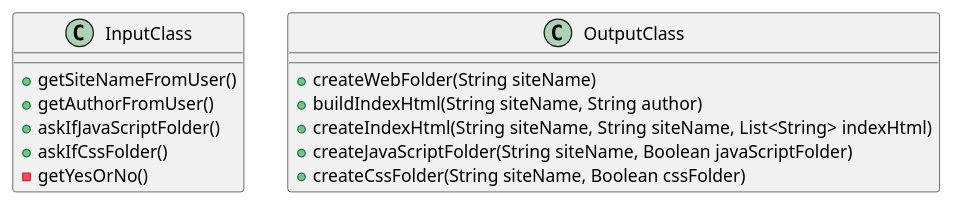
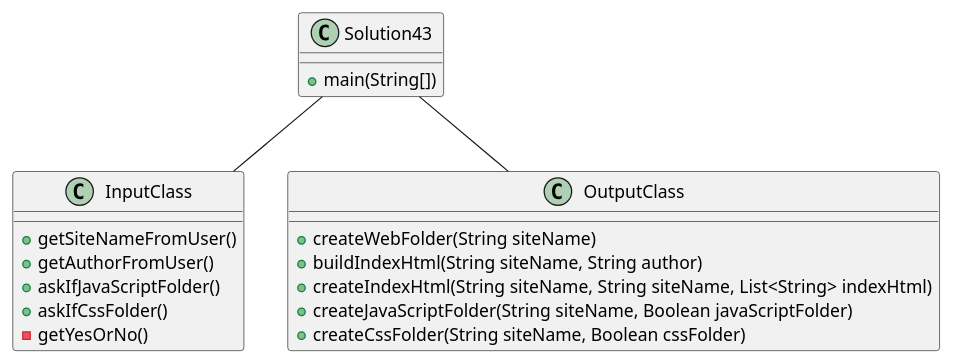
The diagram in exercise43/docs/Class Diagram.puml (BlakeLoch/lochmandy-a04), drawn with PlantUML before and after one commit. The commit also changed 11 other files, not shown here.

Commit message:
Adjust Class Diagrams

```diff
--- a/exercise43/docs/Class Diagram.puml
+++ b/exercise43/docs/Class Diagram.puml
@@ -1,20 +1,27 @@
 @startuml
 
 class InputClass {
   +getSiteNameFromUser()
   +getAuthorFromUser()
   +askIfJavaScriptFolder()
   +askIfCssFolder()
   -getYesOrNo()
 }
 
 
 class OutputClass {
   +createWebFolder(String siteName)
   +buildIndexHtml(String siteName, String author)
   +createIndexHtml(String siteName, String siteName, List<String> indexHtml)
   +createJavaScriptFolder(String siteName, Boolean javaScriptFolder)
   +createCssFolder(String siteName, Boolean cssFolder)
 }
 
+class Solution43 {
++main(String[])
+}
+
+Solution43 -- InputClass
+Solution43 -- OutputClass
+
 @enduml
```
